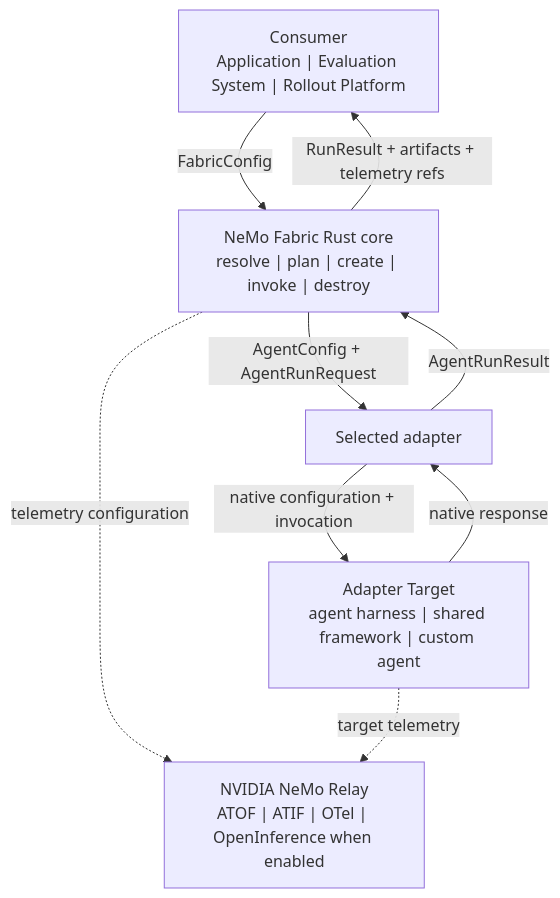
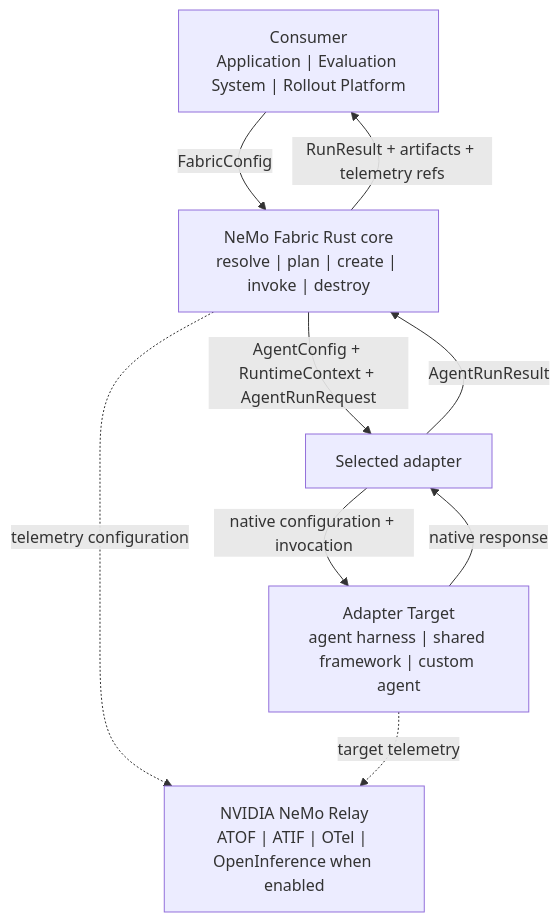
One commit to AnuradhaKaruppiah/NeMo-Fabric changed the diagram in README.md. Above: the diagram before and after it, drawn with Mermaid. The commit also changed other lines of this file, not shown here.

Commit message:
docs: complete the adapter invocation boundary

````diff
--- a/README.md
+++ b/README.md
@@ -46,17 +47,17 @@
 ```mermaid
 flowchart TB
   Consumer["Consumer\nApplication | Evaluation System | Rollout Platform"]
   Core["NeMo Fabric Rust core\nresolve | plan | create | invoke | destroy"]
   Adapter["Selected adapter"]
   Target["Adapter Target\nagent harness | shared framework | custom agent"]
   Relay["NVIDIA NeMo Relay\nATOF | ATIF | OTel | OpenInference when enabled"]
 
   Consumer -->|FabricConfig| Core
-  Core -->|AgentConfig + AgentRunRequest| Adapter
+  Core -->|AgentConfig + RuntimeContext + AgentRunRequest| Adapter
   Adapter -->|native configuration + invocation| Target
   Target -->|native response| Adapter
   Adapter -->|AgentRunResult| Core
   Core -->|RunResult + artifacts + telemetry refs| Consumer
   Core -. telemetry configuration .-> Relay
   Target -. target telemetry .-> Relay
 ```
````
